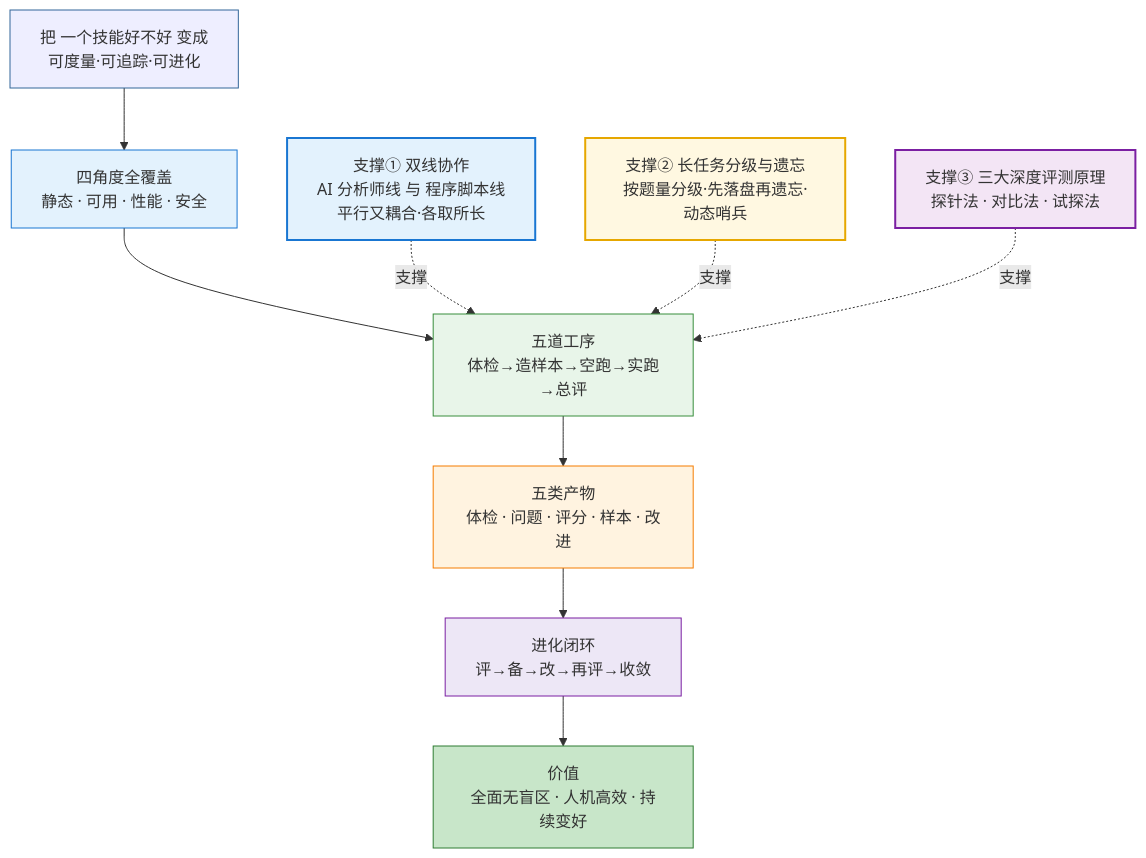
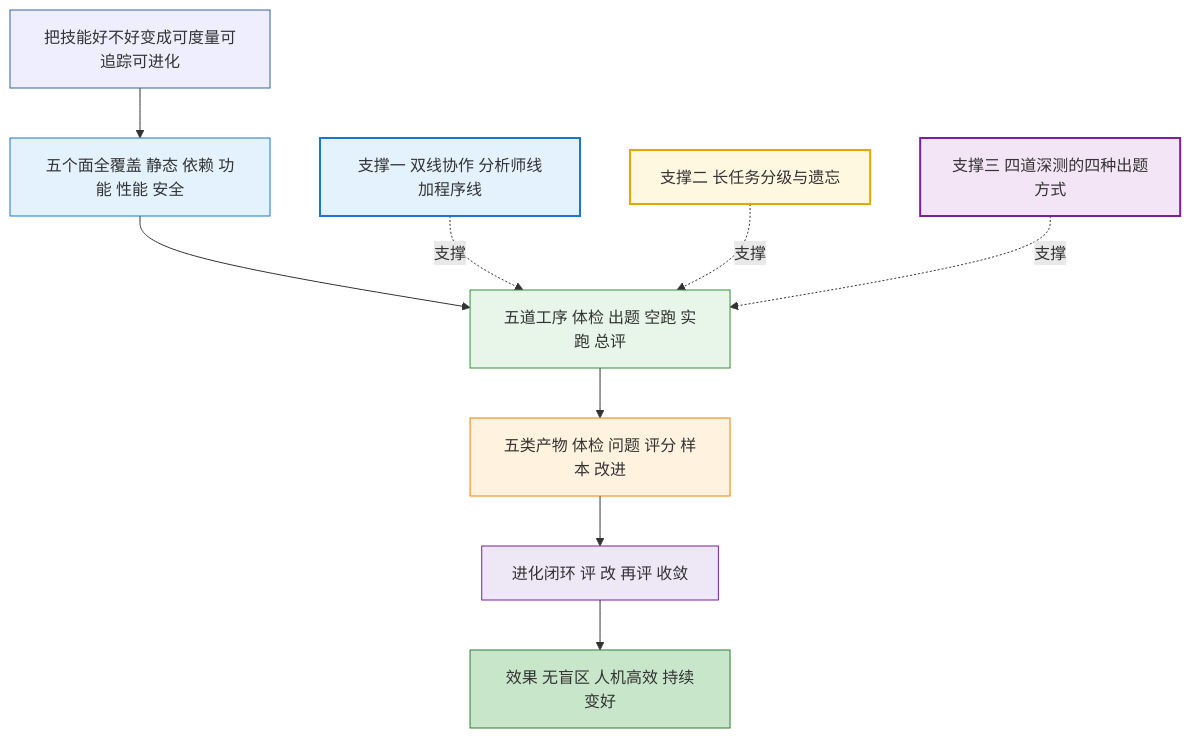
One commit to huanggq26/skill-evaluator changed diagram 14 of 14 in references/skill-evaluation-system.md. Above: the diagram before and after it, drawn with Mermaid. The commit also changed other lines of this file, not shown here.

````diff
--- a/references/skill-evaluation-system.md
+++ b/references/skill-evaluation-system.md
@@ -392,23 +464,20 @@
 ```mermaid
 flowchart TB
-    目标[把 一个技能好不好 变成<br/>可度量·可追踪·可进化]
-    --> 四角[四角度全覆盖<br/>静态 · 可用 · 性能 · 安全]
-    --> 五段[五道工序<br/>体检→造样本→空跑→实跑→总评]
-    --> 五产[五类产物<br/>体检 · 问题 · 评分 · 样本 · 改进]
-    --> 闭环[进化闭环<br/>评→备→改→再评→收敛]
-    --> 价值[价值<br/>全面无盲区 · 人机高效 · 持续变好]
-
-    双线[支撑① 双线协作<br/>AI 分析师线 与 程序脚本线<br/>平行又耦合·各取所长] -.支撑.-> 五段
-    分级[支撑② 长任务分级与遗忘<br/>按题量分级·先落盘再遗忘·动态哨兵] -.支撑.-> 五段
-    原理[支撑③ 三大深度评测原理<br/>探针法 · 对比法 · 试探法] -.支撑.-> 五段
-
+    目标[把技能好不好变成可度量可追踪可进化] --> 五面[五个面全覆盖 静态 依赖 功能 性能 安全]
+    五面 --> 五工[五道工序 体检 出题 空跑 实跑 总评]
+    五工 --> 五产[五类产物 体检 问题 评分 样本 改进]
+    五产 --> 闭环[进化闭环 评 改 再评 收敛]
+    闭环 --> 价值[效果 无盲区 人机高效 持续变好]
+    双线[支撑一 双线协作 分析师线加程序线] -.支撑.-> 五工
+    分级[支撑二 长任务分级与遗忘] -.支撑.-> 五工
+    原理[支撑三 四道深测的四种出题方式] -.支撑.-> 五工
     style 目标 fill:#eef,stroke:#369
-    style 四角 fill:#e3f2fd,stroke:#1976d2
-    style 五段 fill:#e8f5e9,stroke:#388e3c
+    style 五面 fill:#e3f2fd,stroke:#1976d2
+    style 五工 fill:#e8f5e9,stroke:#388e3c
     style 五产 fill:#fff3e0,stroke:#f57c00
     style 闭环 fill:#ede7f6,stroke:#7b1fa2
     style 价值 fill:#c8e6c9,stroke:#2e7d32
     style 双线 fill:#e3f2fd,stroke:#1976d2,stroke-width:2px
     style 分级 fill:#fff8e1,stroke:#e6a700,stroke-width:2px
     style 原理 fill:#f3e5f5,stroke:#7b1fa2,stroke-width:2px
 ```
````
